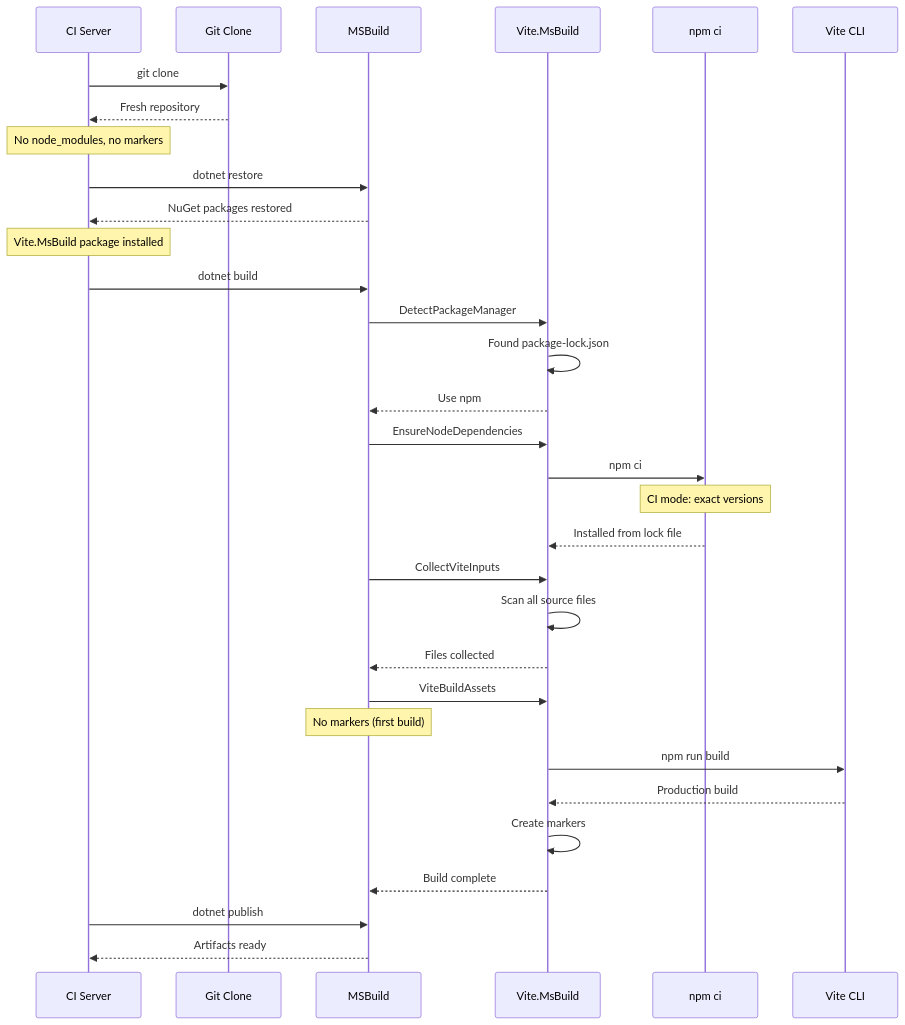
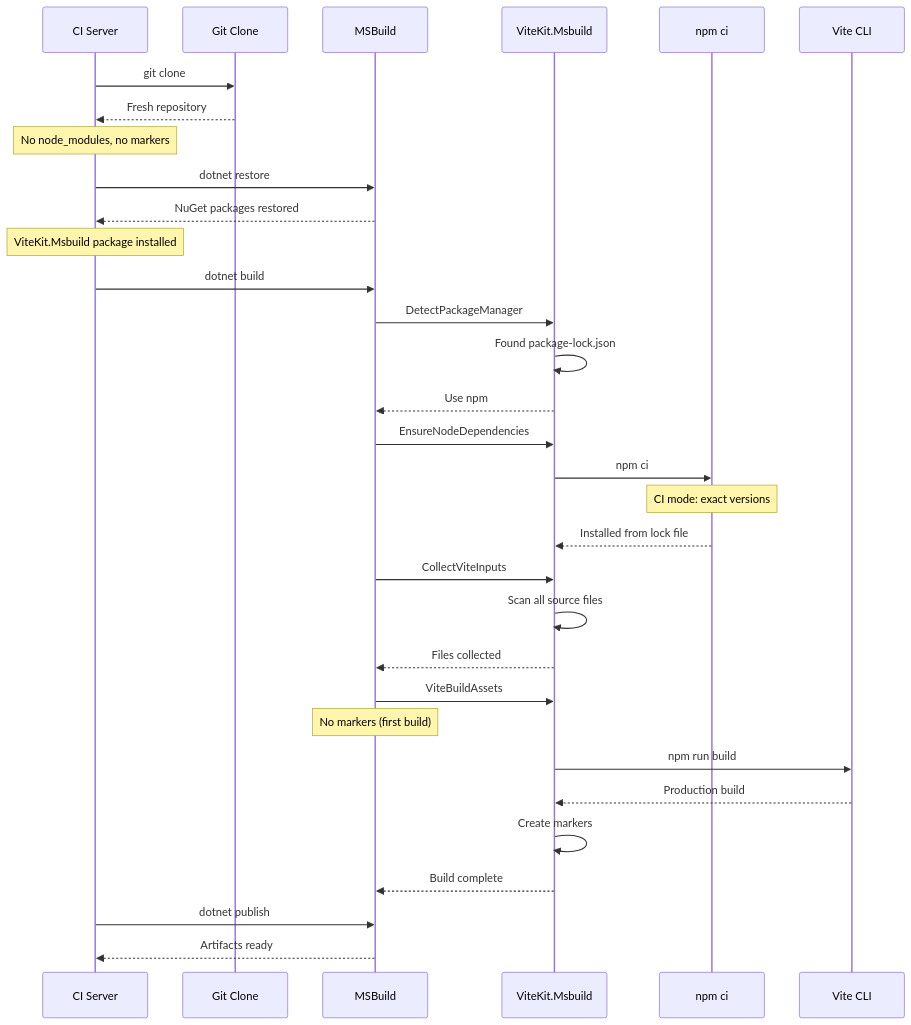
Diagram 12 of 18 in docs/architecture/build-decision-matrix.md (DigitalParadox/Vite.MsBuild), drawn with Mermaid before and after one commit. The commit also changed other lines of this file and 38 other files, not shown here.

First line of the commit message:
refactor: rename Vite.MsBuild to ViteKit.Msbuild across documentation

````diff
--- a/docs/architecture/build-decision-matrix.md
+++ b/docs/architecture/build-decision-matrix.md
@@ -532,44 +532,44 @@
 ```mermaid
 sequenceDiagram
     participant CI as CI Server
     participant Git as Git Clone
     participant MSB as MSBuild
-    participant Vite as Vite.MsBuild
+    participant Vite as ViteKit.Msbuild
     participant NPM as npm ci
     participant V as Vite CLI
 
     CI->>Git: git clone
     Git-->>CI: Fresh repository
     Note over CI: No node_modules, no markers
     
     CI->>MSB: dotnet restore
     MSB-->>CI: NuGet packages restored
-    Note over CI: Vite.MsBuild package installed
+    Note over CI: ViteKit.Msbuild package installed
     
     CI->>MSB: dotnet build
     
     MSB->>Vite: DetectPackageManager
     Vite->>Vite: Found package-lock.json
     Vite-->>MSB: Use npm
     
     MSB->>Vite: EnsureNodeDependencies
     Vite->>NPM: npm ci
     Note over NPM: CI mode: exact versions
     NPM-->>Vite: Installed from lock file
     
     MSB->>Vite: CollectViteInputs
     Vite->>Vite: Scan all source files
     Vite-->>MSB: Files collected
     
     MSB->>Vite: ViteBuildAssets
     Note over MSB: No markers (first build)
     
     Vite->>V: npm run build
     V-->>Vite: Production build
     
     Vite->>Vite: Create markers
     Vite-->>MSB: Build complete
     
     CI->>MSB: dotnet publish
     MSB-->>CI: Artifacts ready
 ```
````
